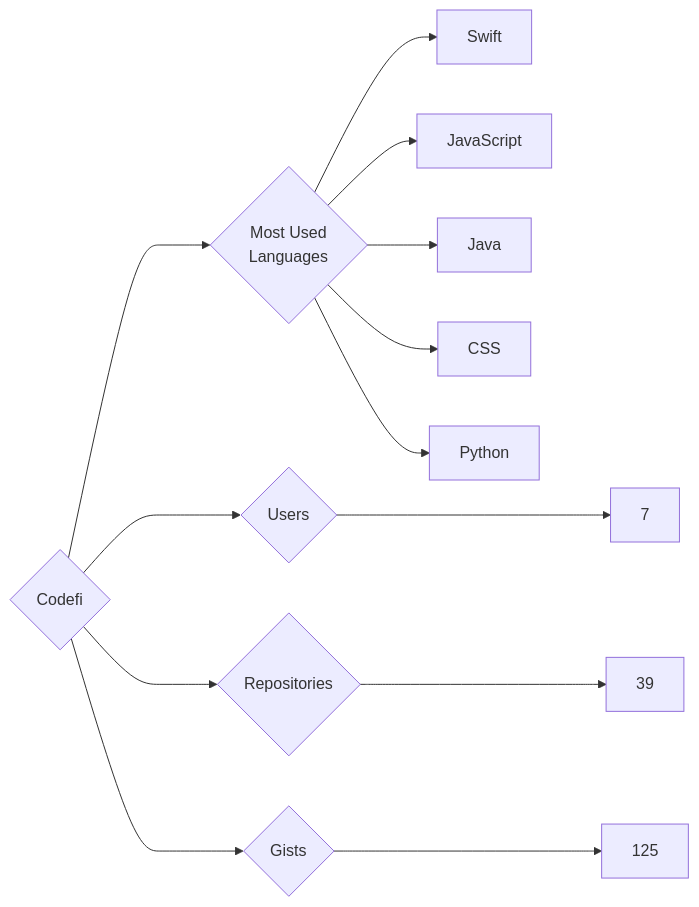
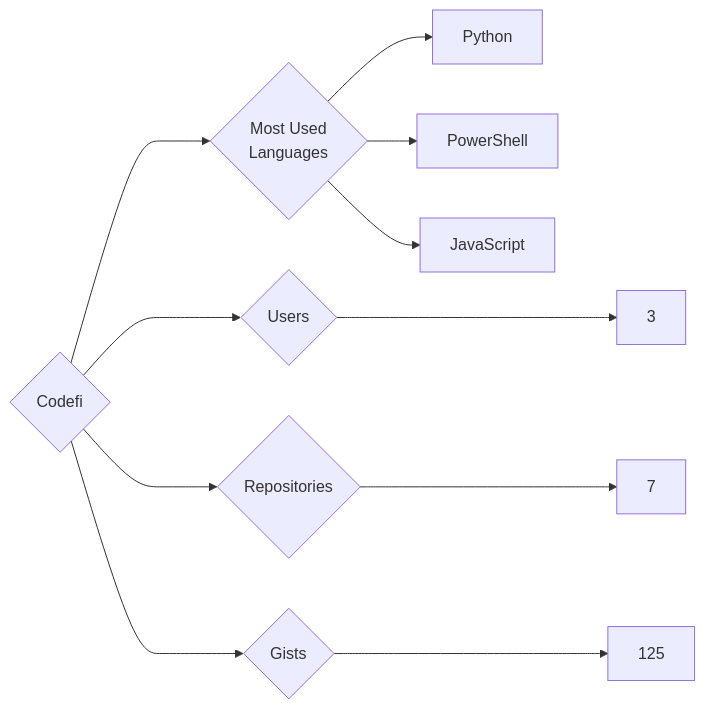
One commit to trickest/insiders changed the diagram in targets/Codefi/README.md. Above: the diagram before and after it, drawn with Mermaid. The commit also changed 715 other files, not shown here.

````diff
--- a/targets/Codefi/README.md
+++ b/targets/Codefi/README.md
@@ -3,13 +3,11 @@
 ```mermaid
 graph LR
 COMPANY_NAME{Codefi}
-COMPANY_NAME ---> U{Users} ---> UN[7]
-COMPANY_NAME ---> R{Repositories} ---> RN[39]
+COMPANY_NAME ---> U{Users} ---> UN[3]
+COMPANY_NAME ---> R{Repositories} ---> RN[7]
 COMPANY_NAME ---> G{Gists} ---> GN[125]
 COMPANY_NAME ---> ML{Most Used<br>Languages}
-ML --> Swift[Swift]
+ML --> Python[Python]
+ML --> PowerShell[PowerShell]
 ML --> JavaScript[JavaScript]
-ML --> Java[Java]
-ML --> CSS[CSS]
-ML --> Python[Python]
 ```
````
